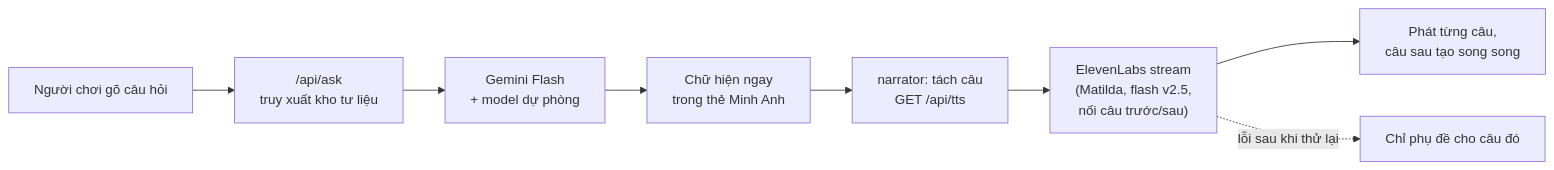
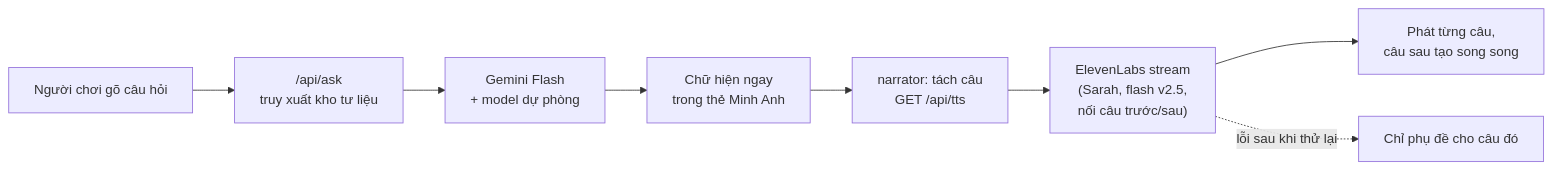
The diagram in README.md (huynh-phong/3D-Digital-Tourism), drawn with Mermaid before and after one commit. The commit also changed other lines of this file and 2 other files, not shown here.

Commit message:
Use Sarah as Minh Anh's single ElevenLabs voice

````diff
--- a/README.md
+++ b/README.md
@@ -101,10 +101,10 @@
 ```mermaid
 flowchart LR
   Q[Người chơi gõ câu hỏi] --> A["/api/ask<br/>truy xuất kho tư liệu"]
   A --> G[Gemini Flash<br/>+ model dự phòng]
   G --> T[Chữ hiện ngay<br/>trong thẻ Minh Anh]
   T --> N["narrator: tách câu<br/>GET /api/tts"]
-  N --> E["ElevenLabs stream<br/>(Matilda, flash v2.5,<br/>nối câu trước/sau)"]
+  N --> E["ElevenLabs stream<br/>(Sarah, flash v2.5,<br/>nối câu trước/sau)"]
   E --> P[Phát từng câu,<br/>câu sau tạo song song]
   E -. lỗi sau khi thử lại .-> F[Chỉ phụ đề cho câu đó]
 ```
````
